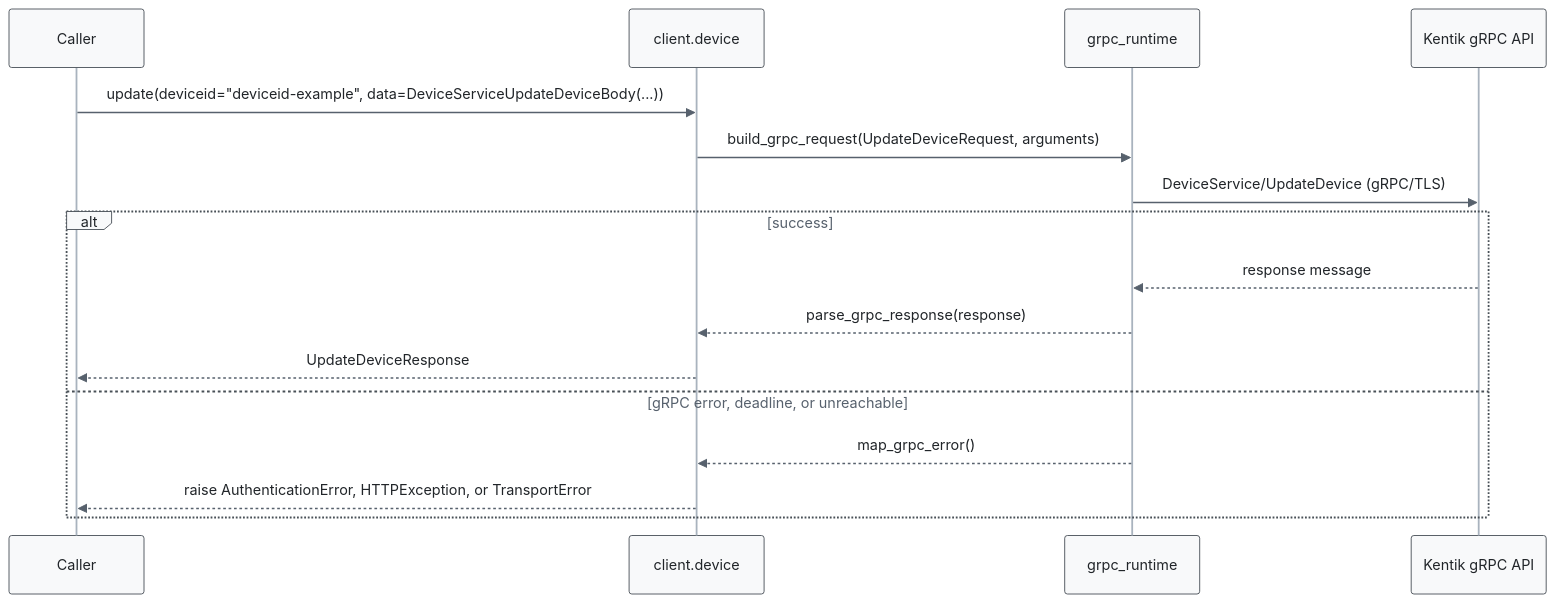
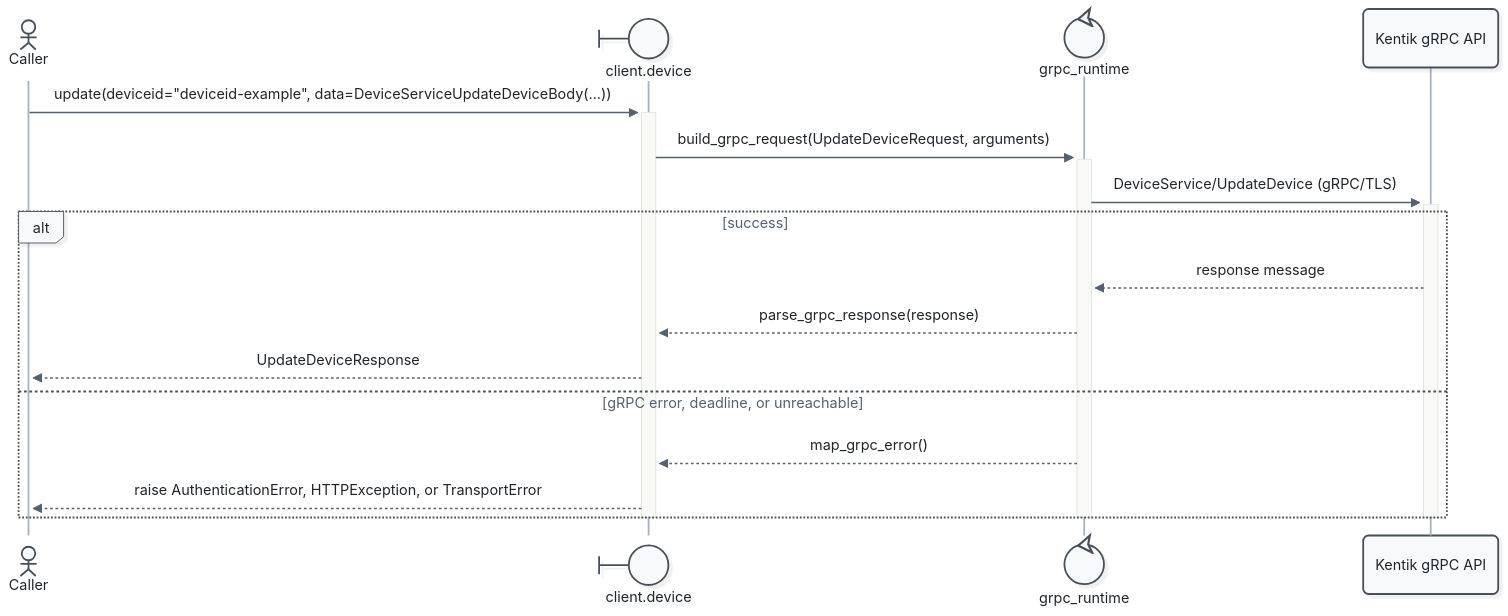
Before and after one commit to alexdearaujo/community_sdk_python: diagram 16 of 21 in docs/sphinx/services/device.md, drawn with Mermaid. The commit also changed other lines of this file and 52 other files, not shown here.

First line of the commit message:
docs: Mermaid 12 sequence diagrams with participant types and path colors

````diff
--- a/docs/sphinx/services/device.md
+++ b/docs/sphinx/services/device.md
@@ -606,20 +643,23 @@
 ```mermaid
-%%{init: {"theme": "base", "fontFamily": "ui-monospace, SFMono-Regular, Menlo, monospace", "themeVariables": {"fontFamily": "ui-monospace, SFMono-Regular, Menlo, monospace", "primaryColor": "#f8f9fa", "primaryBorderColor": "#495057", "primaryTextColor": "#212529", "textColor": "#212529", "lineColor": "#77818c", "edgeLabelBackground": "#ffffff", "actorBkg": "#f8f9fa", "actorBorder": "#495057", "actorTextColor": "#212529", "actorLineColor": "#a9b3be", "signalColor": "#57616d", "signalTextColor": "#212529", "labelBoxBkgColor": "#f8f9fa", "labelBoxBorderColor": "#495057", "labelTextColor": "#212529", "loopTextColor": "#57616d", "noteBkgColor": "#fff9db", "noteBorderColor": "#f08c00", "noteTextColor": "#a35a00"}, "flowchart": {"curve": "step", "nodeSpacing": 30, "rankSpacing": 70, "wrappingWidth": 400}}}%%
+%%{init: {"theme": "redux", "look": "neo", "layout": "dagre", "fontFamily": "ui-monospace, SFMono-Regular, Menlo, monospace", "themeVariables": {"fontFamily": "ui-monospace, SFMono-Regular, Menlo, monospace", "primaryColor": "#f8f9fa", "primaryBorderColor": "#495057", "primaryTextColor": "#212529", "textColor": "#212529", "lineColor": "#77818c", "edgeLabelBackground": "#ffffff", "actorBkg": "#f8f9fa", "actorBorder": "#495057", "actorTextColor": "#212529", "actorLineColor": "#a9b3be", "signalColor": "#57616d", "signalTextColor": "#212529", "labelBoxBkgColor": "#f8f9fa", "labelBoxBorderColor": "#495057", "labelTextColor": "#212529", "loopTextColor": "#57616d", "noteBkgColor": "#fff9db", "noteBorderColor": "#f08c00", "noteTextColor": "#a35a00"}, "sequence": {"activationWidth": 16}, "flowchart": {"curve": "step", "nodeSpacing": 30, "rankSpacing": 70, "wrappingWidth": 400}}}%%
 sequenceDiagram
-    participant C as Caller
-    participant W as client.device
-    participant R as grpc_runtime
+    actor C as Caller
+    participant W@{ "type": "boundary" } as client.device
+    participant R@{ "type": "control" } as grpc_runtime
     participant API as Kentik gRPC API
 
-    C->>W: update(deviceid="deviceid-example", data=DeviceServiceUpdateDeviceBody(...))
-    W->>R: build_grpc_request(UpdateDeviceRequest, arguments)
-    R->>API: DeviceService/UpdateDevice (gRPC/TLS)
+    C->>+W: update(deviceid="deviceid-example", data=DeviceServiceUpdateDeviceBody(...))
+    W->>+R: build_grpc_request(UpdateDeviceRequest, arguments)
+    R->>+API: DeviceService/UpdateDevice (gRPC/TLS)
     alt success
         API-->>R: response message
         R-->>W: parse_grpc_response(response)
         W-->>C: UpdateDeviceResponse
     else gRPC error, deadline, or unreachable
         R-->>W: map_grpc_error()
         W-->>C: raise AuthenticationError, HTTPException, or TransportError
     end
+    deactivate API
+    deactivate R
+    deactivate W
 ```
````
